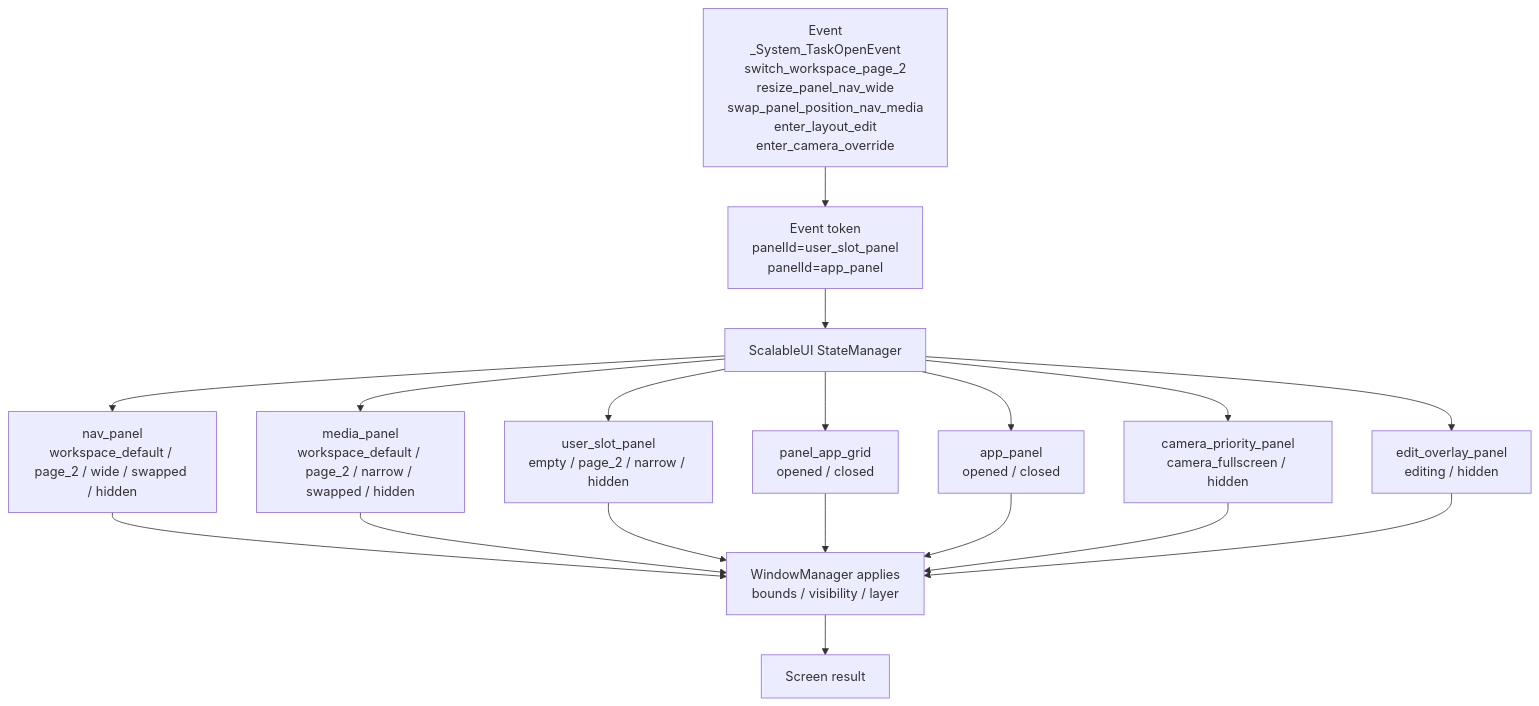
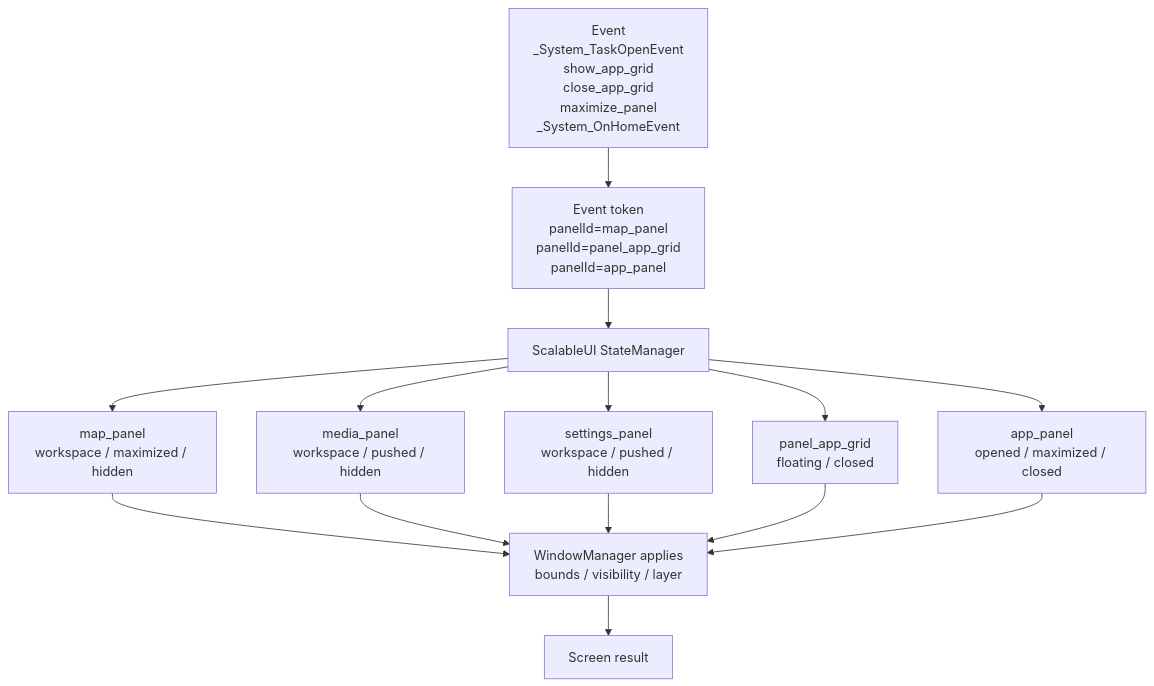
Before and after one commit to Nyma-fuk/scalableui-poc: the sixth of 7 diagrams in docs/scalableui_window_manager_flow_ja.md, drawn with Mermaid. The commit also changed other lines of this file and 49 other files, not shown here.

````diff
--- a/docs/scalableui_window_manager_flow_ja.md
+++ b/docs/scalableui_window_manager_flow_ja.md
@@ -345,33 +334,27 @@
 ```mermaid
 flowchart TB
-    Event[Event<br/>_System_TaskOpenEvent<br/>switch_workspace_page_2<br/>resize_panel_nav_wide<br/>swap_panel_position_nav_media<br/>enter_layout_edit<br/>enter_camera_override]
-    Token[Event token<br/>panelId=user_slot_panel<br/>panelId=app_panel]
+    Event[Event<br/>_System_TaskOpenEvent<br/>show_app_grid<br/>close_app_grid<br/>maximize_panel<br/>_System_OnHomeEvent]
+    Token[Event token<br/>panelId=map_panel<br/>panelId=panel_app_grid<br/>panelId=app_panel]
     StateManager[ScalableUI StateManager]
-    NavVariant[nav_panel<br/>workspace_default / page_2 / wide / swapped / hidden]
-    MediaVariant[media_panel<br/>workspace_default / page_2 / narrow / swapped / hidden]
-    UserVariant[user_slot_panel<br/>empty / page_2 / narrow / hidden]
-    AppGridVariant[panel_app_grid<br/>opened / closed]
-    AppVariant[app_panel<br/>opened / closed]
-    CameraVariant[camera_priority_panel<br/>camera_fullscreen / hidden]
-    EditVariant[edit_overlay_panel<br/>editing / hidden]
+    MapVariant[map_panel<br/>workspace / maximized / hidden]
+    MediaVariant[media_panel<br/>workspace / pushed / hidden]
+    SettingsVariant[settings_panel<br/>workspace / pushed / hidden]
+    AppGridVariant[panel_app_grid<br/>floating / closed]
+    AppVariant[app_panel<br/>opened / maximized / closed]
     WM[WindowManager applies<br/>bounds / visibility / layer]
     Screen[Screen result]
 
     Event --> Token
     Token --> StateManager
-    StateManager --> NavVariant
+    StateManager --> MapVariant
     StateManager --> MediaVariant
-    StateManager --> UserVariant
+    StateManager --> SettingsVariant
     StateManager --> AppGridVariant
     StateManager --> AppVariant
-    StateManager --> CameraVariant
-    StateManager --> EditVariant
-    NavVariant --> WM
+    MapVariant --> WM
     MediaVariant --> WM
-    UserVariant --> WM
+    SettingsVariant --> WM
     AppGridVariant --> WM
     AppVariant --> WM
-    CameraVariant --> WM
-    EditVariant --> WM
     WM --> Screen
 ```
````
